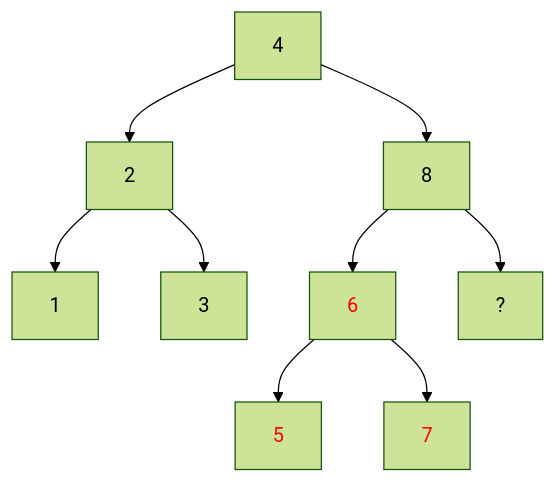
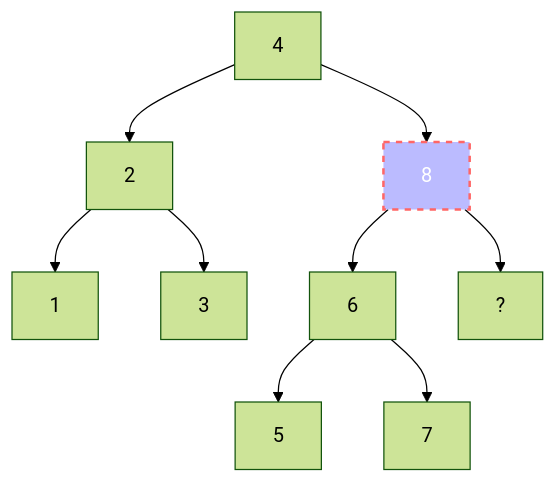
The fifth of 17 diagrams in docs/algorithmen/binary-tree.md (tsolenthaler/zbwAlgDs), drawn with Mermaid (forest theme) before and after one commit. The commit also changed other lines of this file, not shown here.

Commit message:
Refactor binary tree diagram styles for improved visualization and consistency

````diff
--- a/docs/algorithmen/binary-tree.md
+++ b/docs/algorithmen/binary-tree.md
@@ -195,14 +195,12 @@
 ``` mermaid
 flowchart TD
     4 --> 2
     4 --> 8
     2 --> 1
     2 --> 3
     8 --> 6
     8 --> 9[?]
     6 --> 5
     6 --> 7
-    style 6 color:red
-    style 5 color:red
-    style 7 color:red
+    style 8 fill:#bbf,stroke:#f66,stroke-width:2px,color:#fff,stroke-dasharray: 5 5
 ```
````
